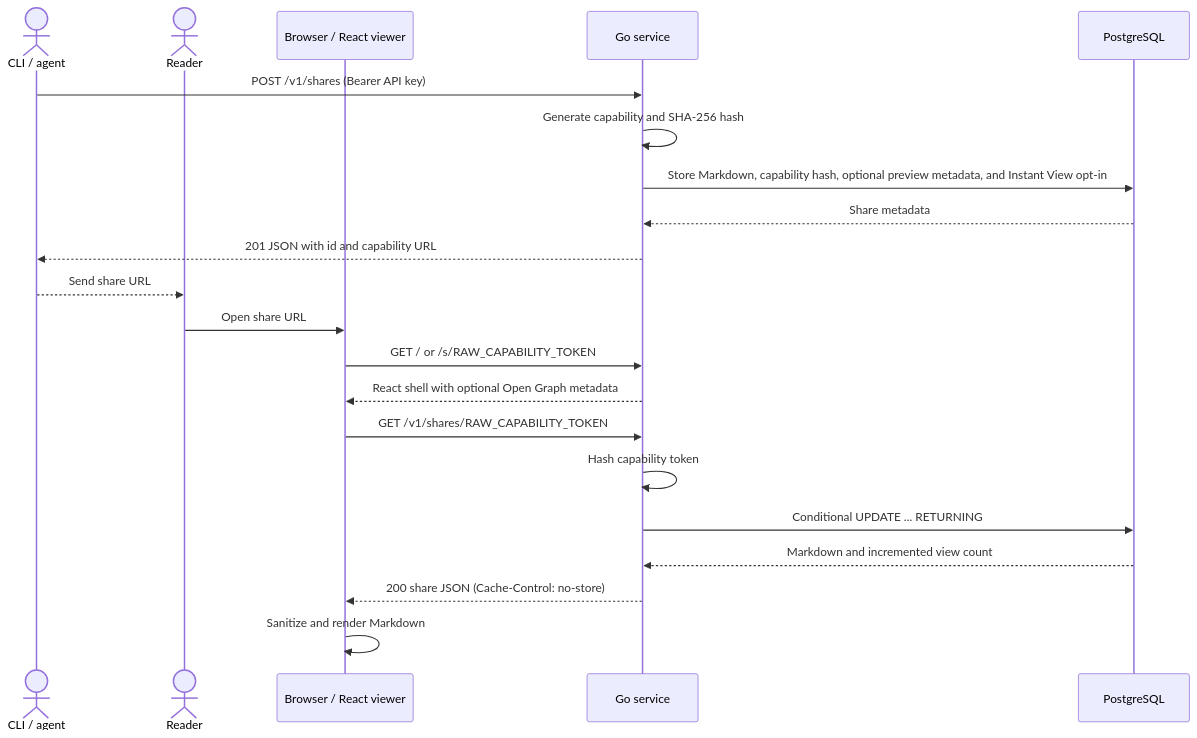
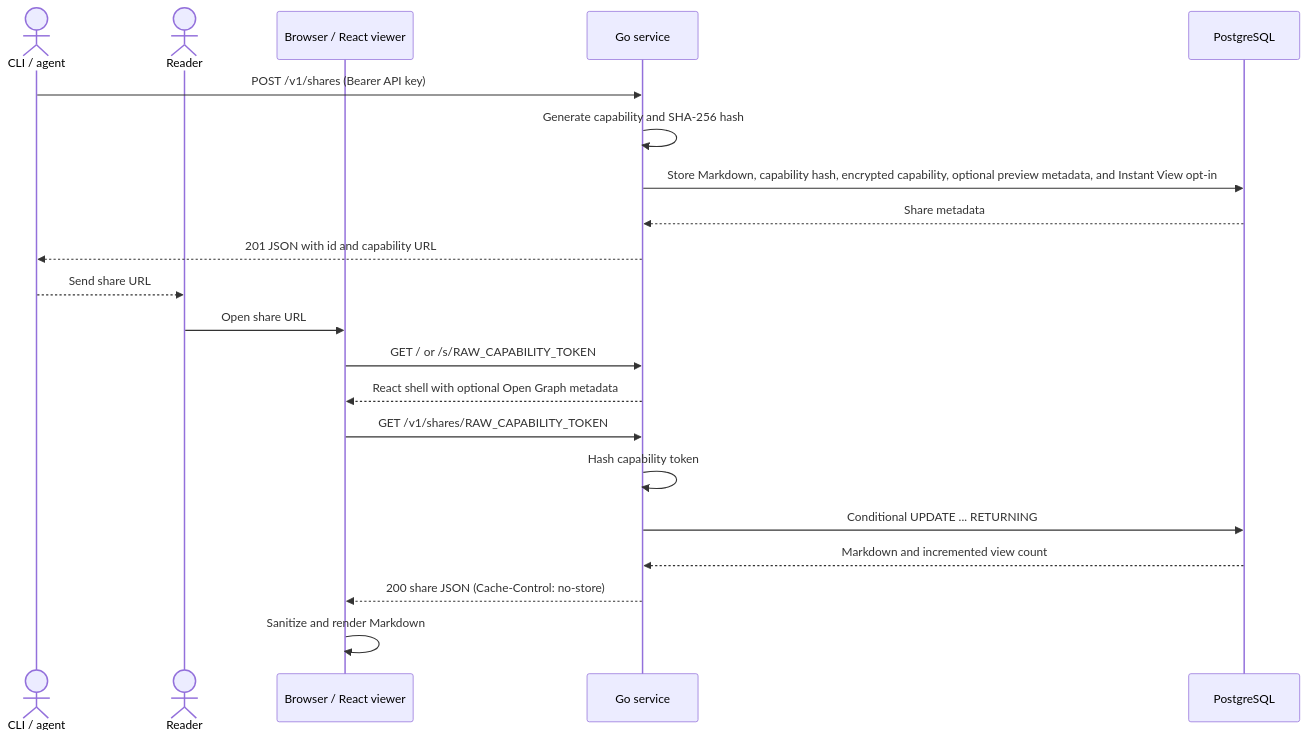
Before and after one commit to narumiruna/morsel: the second of 2 diagrams in docs/design.md, drawn with Mermaid. The commit also changed other lines of this file and 45 other files, not shown here.

````diff
--- a/docs/design.md
+++ b/docs/design.md
@@ -17,24 +17,24 @@
 ```mermaid
 sequenceDiagram
     actor Creator as CLI / agent
     actor Reader
     participant Viewer as Browser / React viewer
     participant Morsel as Go service
     participant DB as PostgreSQL
 
     Creator->>Morsel: POST /v1/shares (Bearer API key)
     Morsel->>Morsel: Generate capability and SHA-256 hash
-    Morsel->>DB: Store Markdown, capability hash, optional preview metadata, and Instant View opt-in
+    Morsel->>DB: Store Markdown, capability hash, encrypted capability, optional preview metadata, and Instant View opt-in
     DB-->>Morsel: Share metadata
     Morsel-->>Creator: 201 JSON with id and capability URL
     Creator-->>Reader: Send share URL
     Reader->>Viewer: Open share URL
     Viewer->>Morsel: GET / or /s/RAW_CAPABILITY_TOKEN
     Morsel-->>Viewer: React shell with optional Open Graph metadata
     Viewer->>Morsel: GET /v1/shares/RAW_CAPABILITY_TOKEN
     Morsel->>Morsel: Hash capability token
     Morsel->>DB: Conditional UPDATE ... RETURNING
     DB-->>Morsel: Markdown and incremented view count
     Morsel-->>Viewer: 200 share JSON (Cache-Control: no-store)
     Viewer->>Viewer: Sanitize and render Markdown
 ```
````
